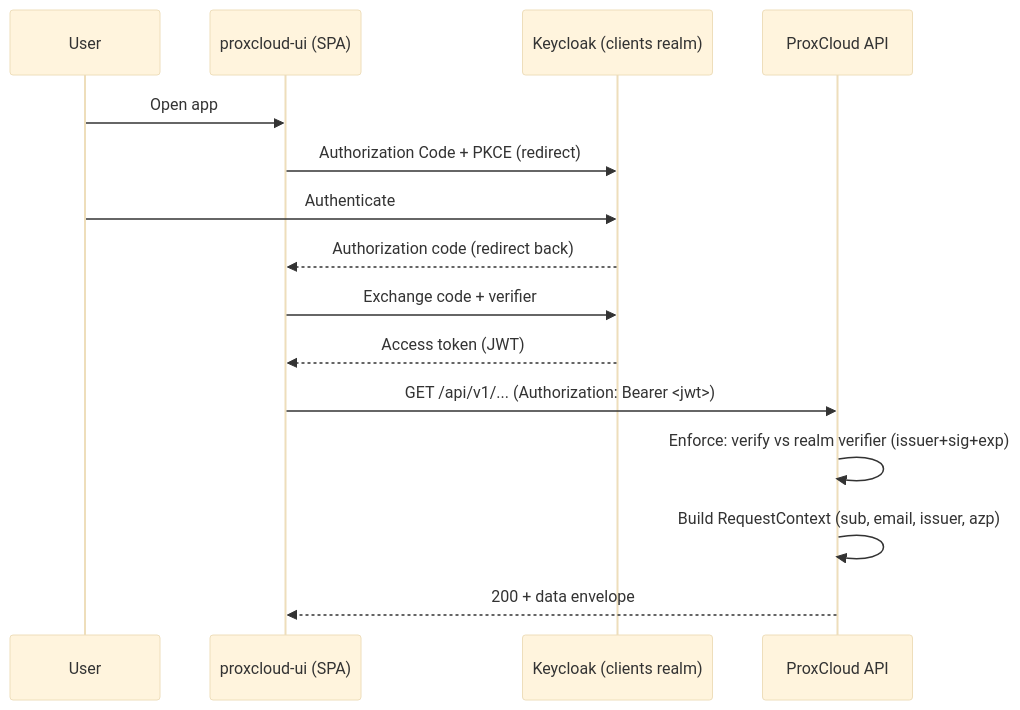
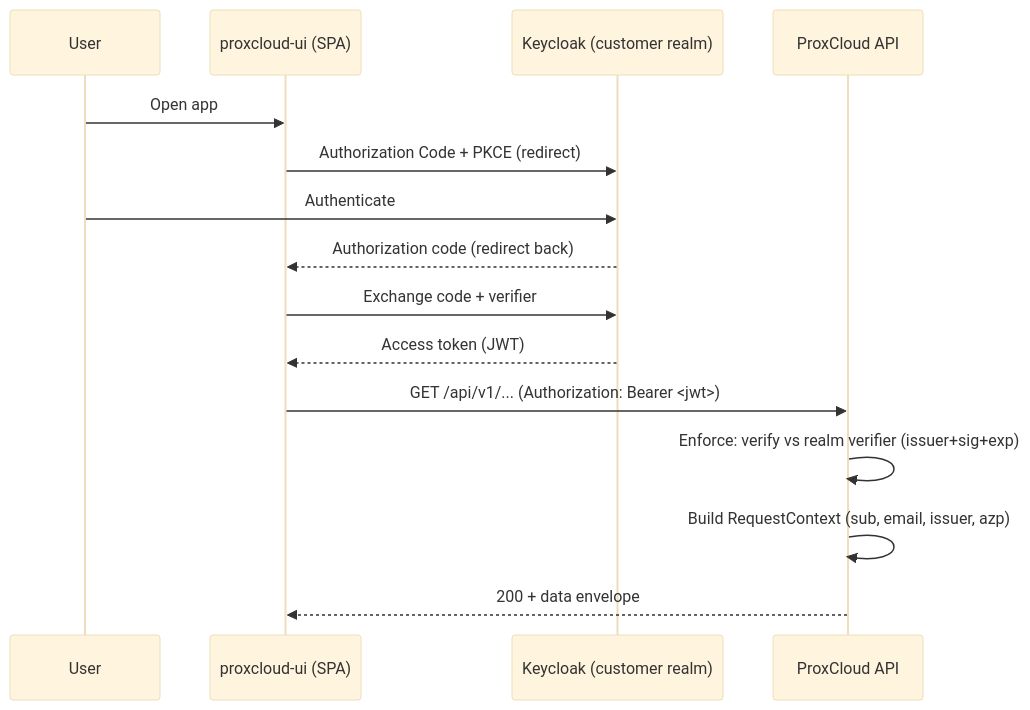
The third of 3 diagrams in docs/auth.md (mutex-solutions/proxcloud), drawn with Mermaid (base theme) before and after one commit. The commit also changed other lines of this file and 43 other files, not shown here.

First line of the commit message:
docs: bring operator, architecture and in-app docs up to date

````diff
--- a/docs/auth.md
+++ b/docs/auth.md
@@ -247,18 +277,18 @@
 ```mermaid
 sequenceDiagram
     participant U as User
     participant SPA as proxcloud-ui (SPA)
-    participant KC as Keycloak (clients realm)
+    participant KC as Keycloak (customer realm)
     participant API as ProxCloud API
 
     U->>SPA: Open app
     SPA->>KC: Authorization Code + PKCE (redirect)
     U->>KC: Authenticate
     KC-->>SPA: Authorization code (redirect back)
     SPA->>KC: Exchange code + verifier
     KC-->>SPA: Access token (JWT)
     SPA->>API: GET /api/v1/... (Authorization: Bearer <jwt>)
     API->>API: Enforce: verify vs realm verifier (issuer+sig+exp)
     API->>API: Build RequestContext (sub, email, issuer, azp)
     API-->>SPA: 200 + data envelope
 ```
````
